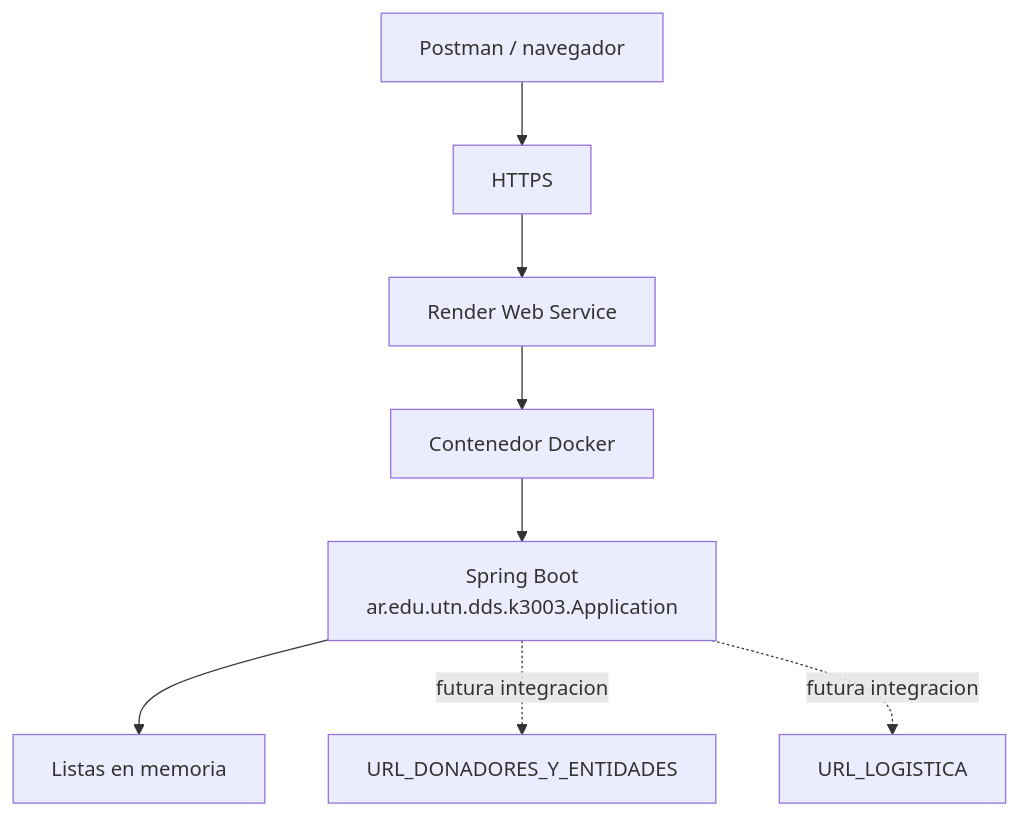
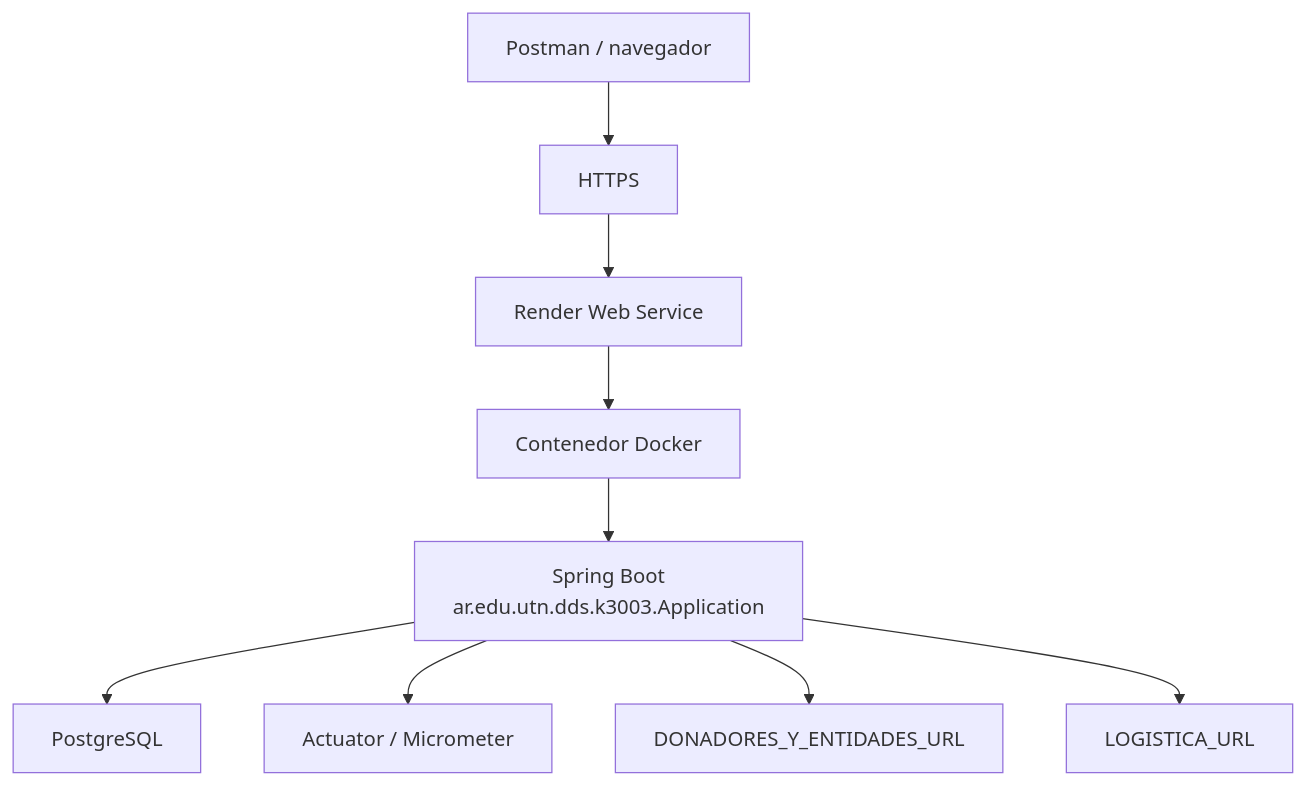
Before and after one commit to 2026-ddsi-tpa-diseno-en-beta/donaciones: the second of 2 diagrams in docs/arquitectura.md, drawn with Mermaid. The commit also changed other lines of this file and 30 other files, not shown here.

````diff
--- a/docs/arquitectura.md
+++ b/docs/arquitectura.md
@@ -45,11 +54,12 @@
 ```mermaid
 flowchart TB
   User["Postman / navegador"] --> Internet["HTTPS"]
   Internet --> Render["Render Web Service"]
   Render --> Container["Contenedor Docker"]
   Container --> App["Spring Boot\nar.edu.utn.dds.k3003.Application"]
-  App --> Memory["Listas en memoria"]
+  App --> DB["PostgreSQL"]
+  App --> Metrics["Actuator / Micrometer"]
 
-  App -. futura integracion .-> DonadoresURL["URL_DONADORES_Y_ENTIDADES"]
-  App -. futura integracion .-> LogisticaURL["URL_LOGISTICA"]
+  App --> DonadoresURL["DONADORES_Y_ENTIDADES_URL"]
+  App --> LogisticaURL["LOGISTICA_URL"]
 ```
````
